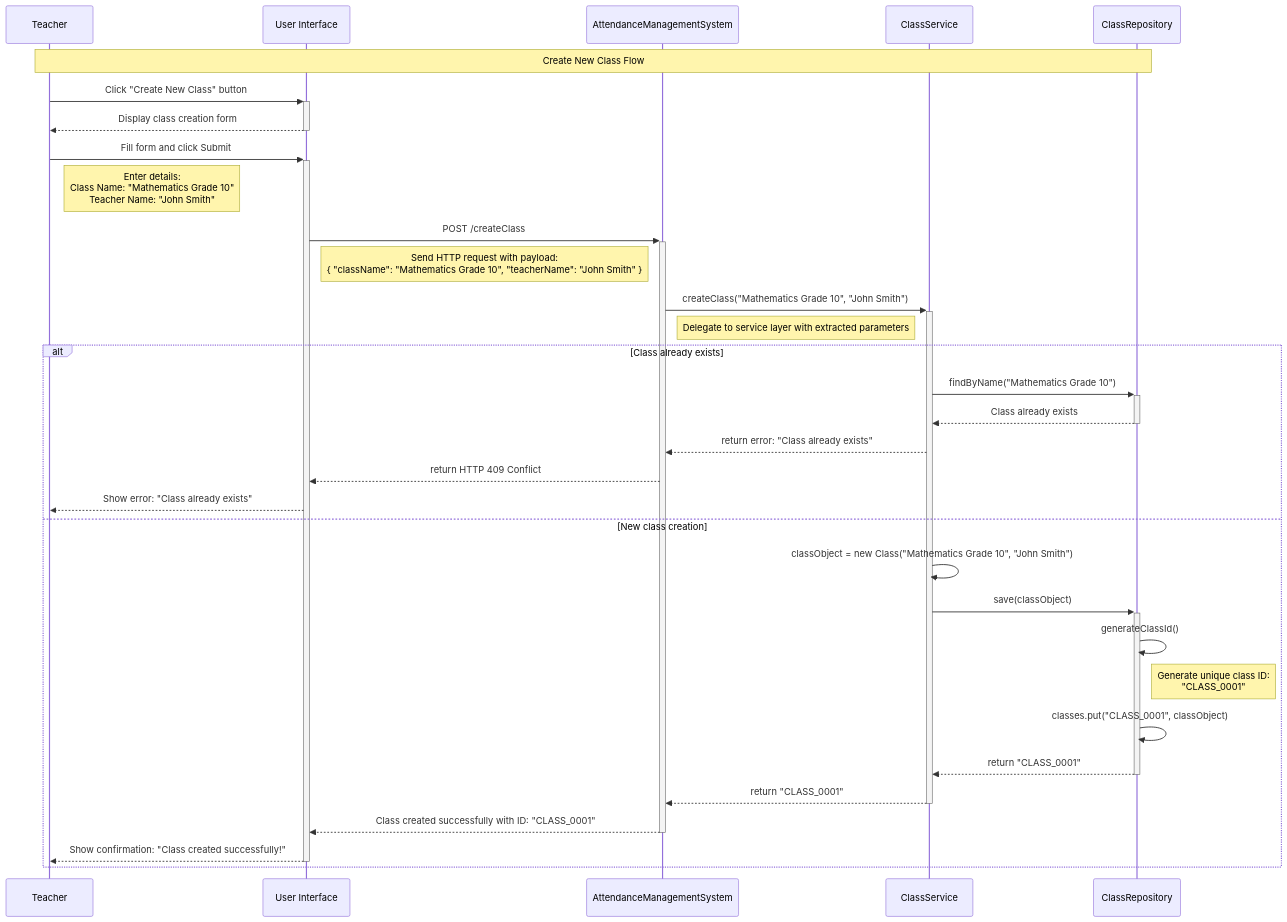
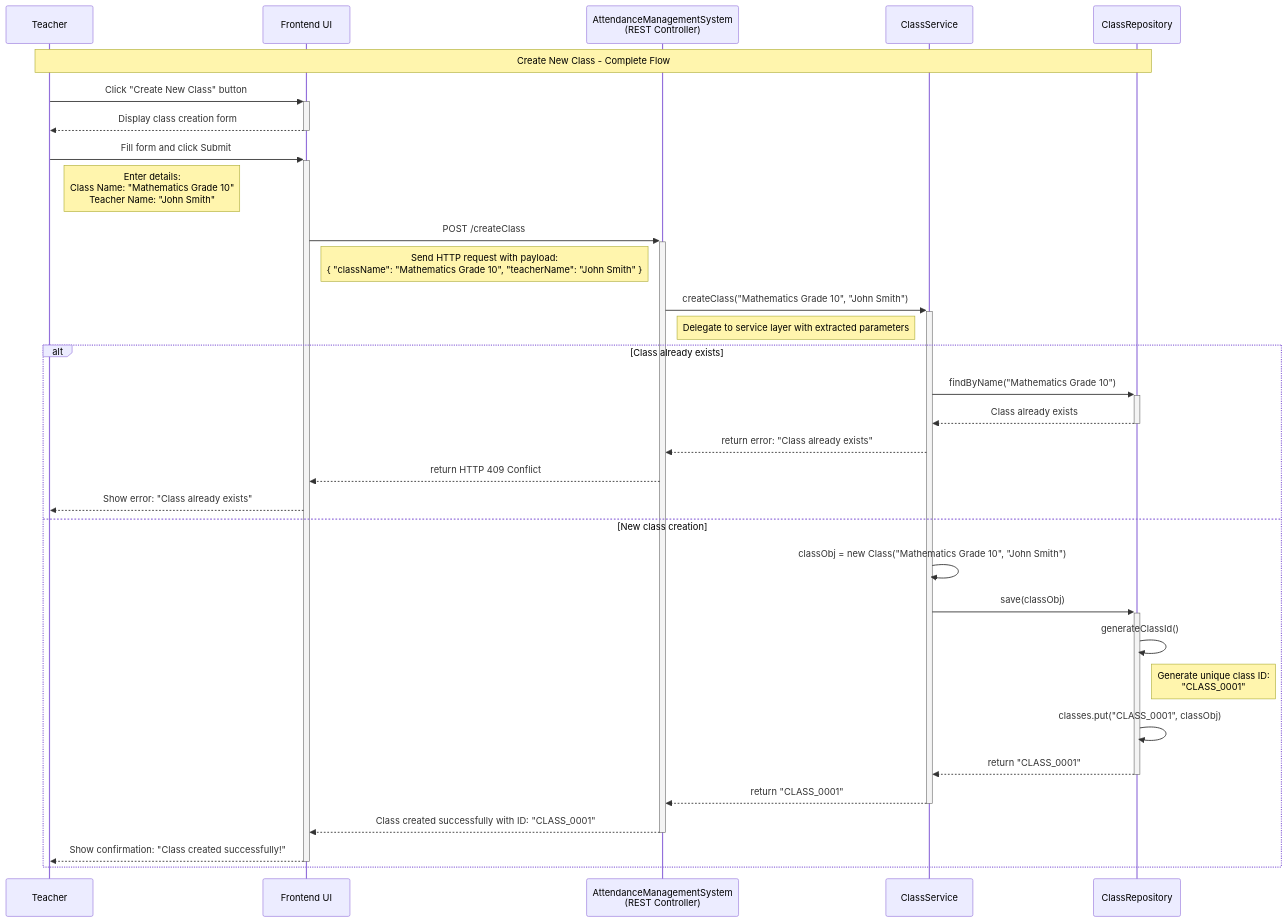
The first of 2 diagrams in Backend Engineering/Case Studies/Case Study 1. Attendance Management System/2. Sequence Flow.md (NishchayAnand/software-engineering), drawn with Mermaid before and after one commit. The commit also changed other lines of this file, not shown here.

````diff
--- a/Backend Engineering/Case Studies/Case Study 1. Attendance Management System/2. Sequence Flow.md
+++ b/Backend Engineering/Case Studies/Case Study 1. Attendance Management System/2. Sequence Flow.md
@@ -13,40 +21,40 @@
 ```mermaid
 sequenceDiagram
 	participant T as Teacher
-	participant UI as User Interface
-	participant AMS as AttendanceManagementSystem
+	participant UI as Frontend UI
+	participant AMS as AttendanceManagementSystem<br/>(REST Controller)
 	participant CS as ClassService
 	participant CR as ClassRepository
 
-	Note over T,CR: Create New Class Flow
+	Note over T,CR: Create New Class - Complete Flow
 
 	T->>+UI: Click "Create New Class" button
 	UI-->>-T: Display class creation form
 
 	T->>+UI: Fill form and click Submit
 	Note right of T: Enter details:<br/>Class Name: "Mathematics Grade 10"<br/>Teacher Name: "John Smith"
 
 	UI->>+AMS: POST /createClass
 	Note right of UI: Send HTTP request with payload:<br/>{ "className": "Mathematics Grade 10", "teacherName": "John Smith" }
 
 	AMS->>+CS: createClass("Mathematics Grade 10", "John Smith")
 	Note right of AMS: Delegate to service layer with extracted parameters
 
 	alt Class already exists
 		CS->>+CR: findByName("Mathematics Grade 10")
 		CR-->>-CS: Class already exists
 		CS-->>AMS: return error: "Class already exists"
 		AMS-->>UI: return HTTP 409 Conflict
 		UI-->>T: Show error: "Class already exists"
 	else New class creation
-		CS->>CS: classObject = new Class("Mathematics Grade 10", "John Smith")
-		CS->>+CR: save(classObject)
+		CS->>CS: classObj = new Class("Mathematics Grade 10", "John Smith")
+		CS->>+CR: save(classObj)
 		CR->>CR: generateClassId()
 		Note right of CR: Generate unique class ID: <br/> "CLASS_0001"
-		CR->>CR: classes.put("CLASS_0001", classObject)
+		CR->>CR: classes.put("CLASS_0001", classObj)
 		CR-->>-CS: return "CLASS_0001"
 		CS-->>-AMS: return "CLASS_0001"
 		AMS-->>-UI: Class created successfully with ID: "CLASS_0001"
 		UI-->>-T: Show confirmation: "Class created successfully!"
 	end
 ```
````
